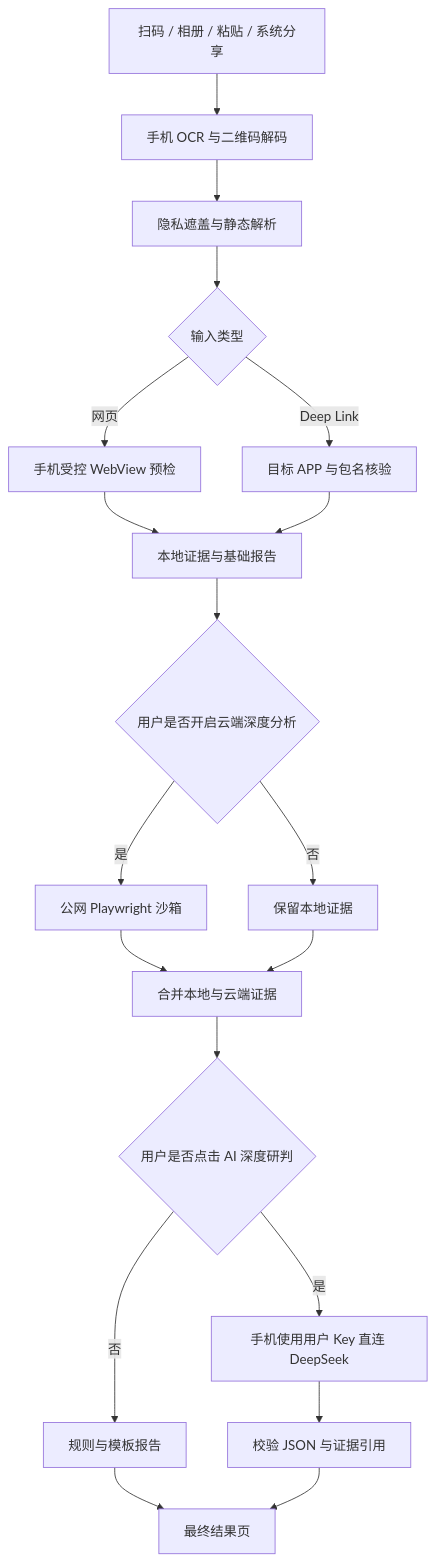
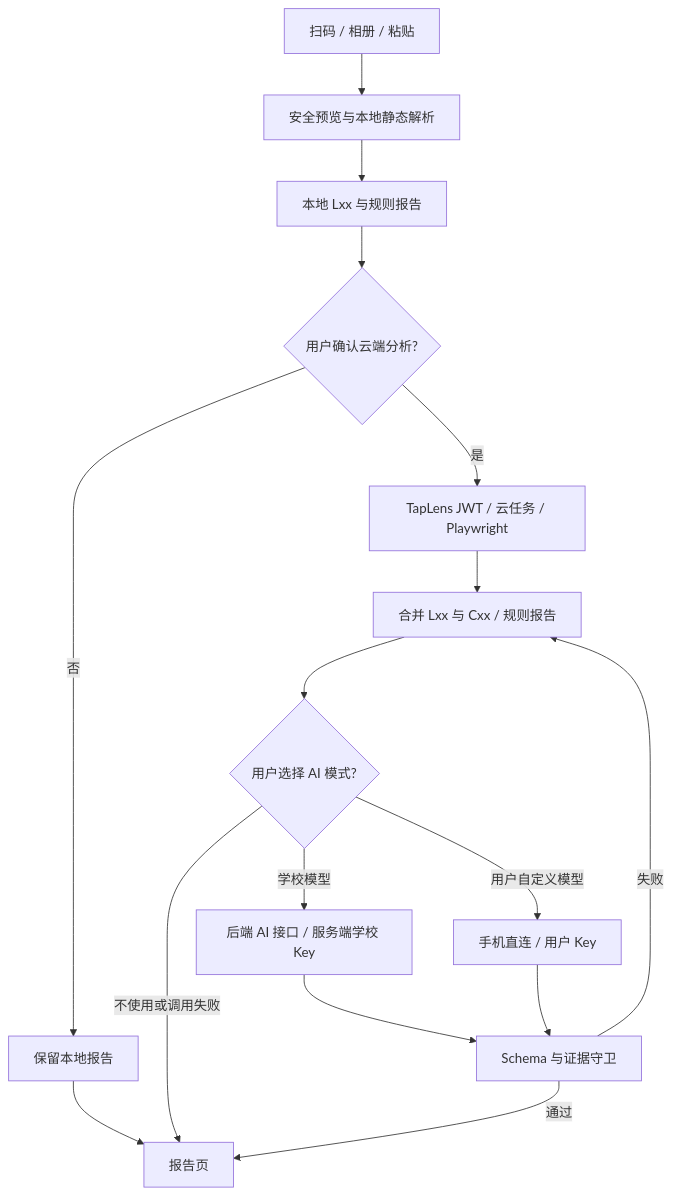
The first of 2 diagrams in README.md (xl3036197231/TapLens), drawn with Mermaid before and after one commit. The commit also changed other lines of this file and 6 other files, not shown here.

````diff
--- a/README.md
+++ b/README.md
@@ -67,21 +67,18 @@
 ```mermaid
 flowchart TD
-    A[扫码 / 相册 / 粘贴 / 系统分享] --> B[手机 OCR 与二维码解码]
-    B --> C[隐私遮盖与静态解析]
-    C --> D{输入类型}
-    D -->|网页| E[手机受控 WebView 预检]
-    D -->|Deep Link| F[目标 APP 与包名核验]
-    E --> G[本地证据与基础报告]
-    F --> G
-    G --> H{用户是否开启云端深度分析}
-    H -->|是| I[公网 Playwright 沙箱]
-    H -->|否| J[保留本地证据]
-    I --> K[合并本地与云端证据]
-    J --> K
-    K --> L{用户是否点击 AI 深度研判}
-    L -->|是| M[手机使用用户 Key 直连 DeepSeek]
-    L -->|否| N[规则与模板报告]
-    M --> O[校验 JSON 与证据引用]
-    N --> P[最终结果页]
-    O --> P
+    A[扫码 / 相册 / 粘贴] --> B[安全预览与本地静态解析]
+    B --> C[本地 Lxx 与规则报告]
+    C --> D{用户确认云端分析?}
+    D -->|是| E[TapLens JWT / 云任务 / Playwright]
+    D -->|否| F[保留本地报告]
+    E --> G[合并 Lxx 与 Cxx / 规则报告]
+    F --> H[报告页]
+    G --> I{用户选择 AI 模式?}
+    I -->|学校模型| J[后端 AI 接口 / 服务端学校 Key]
+    I -->|用户自定义模型| K[手机直连 / 用户 Key]
+    I -->|不使用或调用失败| H
+    J --> L[Schema 与证据守卫]
+    K --> L
+    L -->|通过| H
+    L -->|失败| G
 ```
````
